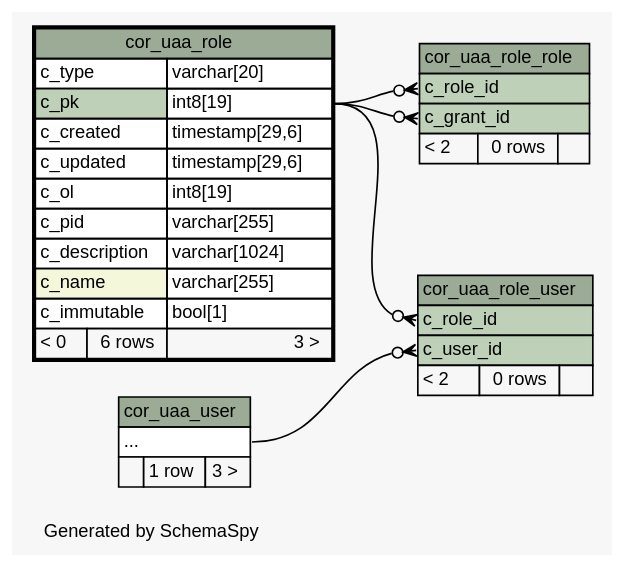
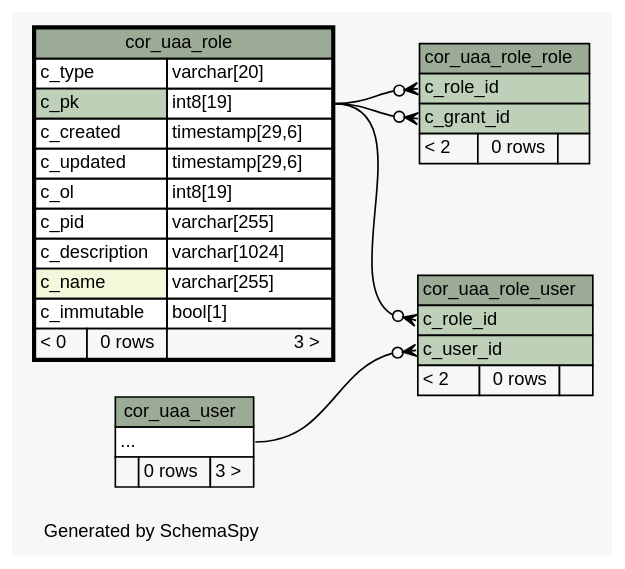
Before and after one commit to openwms/org.openwms.core.uaa: the diagram in 1.1.0-SNAPSHOT/schemaspy/diagrams/cor_uaa_role.2degrees.dot, drawn with Graphviz. The commit also changed 402 other files, not shown here.

```diff
--- a/1.1.0-SNAPSHOT/schemaspy/diagrams/cor_uaa_role.2degrees.dot
+++ b/1.1.0-SNAPSHOT/schemaspy/diagrams/cor_uaa_role.2degrees.dot
@@ -1,76 +1,76 @@
-// dot 2.38.0 on Linux 4.15.0-1077-gcp
+// dot 2.43.0 on Linux 5.4.0-1039-azure
 // SchemaSpy rev Unknown
 digraph "twoDegreesRelationshipsDiagram" {
   graph [
     rankdir="RL"
     bgcolor="#f7f7f7"
     label="\nGenerated by SchemaSpy"
     labeljust="l"
     nodesep="0.18"
     ranksep="0.46"
     fontname="Helvetica"
     fontsize="11"
   ];
   node [
     fontname="Helvetica"
     fontsize="11"
     shape="plaintext"
   ];
   edge [
     arrowsize="0.8"
   ];
   "cor_uaa_role_role":"c_grant_id":w -> "cor_uaa_role":"c_pk.type":e [arrowhead=none dir=back arrowtail=crowodot];
   "cor_uaa_role_role":"c_role_id":w -> "cor_uaa_role":"c_pk.type":e [arrowhead=none dir=back arrowtail=crowodot];
   "cor_uaa_role_user":"c_role_id":w -> "cor_uaa_role":"c_pk.type":e [arrowhead=none dir=back arrowtail=crowodot];
   "cor_uaa_role_user":"c_user_id":w -> "cor_uaa_user":"elipses":e [arrowhead=none dir=back arrowtail=crowodot];
   "cor_uaa_role" [
     label=<
     <TABLE BORDER="2" CELLBORDER="1" CELLSPACING="0" BGCOLOR="#ffffff">
       <TR><TD COLSPAN="3" BGCOLOR="#9bab96" ALIGN="CENTER">cor_uaa_role</TD></TR>
       <TR><TD PORT="c_type" COLSPAN="2" ALIGN="LEFT">c_type</TD><TD PORT="c_type.type" ALIGN="LEFT">varchar[20]</TD></TR>
       <TR><TD PORT="c_pk" COLSPAN="2" BGCOLOR="#bed1b8" ALIGN="LEFT">c_pk</TD><TD PORT="c_pk.type" ALIGN="LEFT">int8[19]</TD></TR>
       <TR><TD PORT="c_created" COLSPAN="2" ALIGN="LEFT">c_created</TD><TD PORT="c_created.type" ALIGN="LEFT">timestamp[29,6]</TD></TR>
       <TR><TD PORT="c_updated" COLSPAN="2" ALIGN="LEFT">c_updated</TD><TD PORT="c_updated.type" ALIGN="LEFT">timestamp[29,6]</TD></TR>
       <TR><TD PORT="c_ol" COLSPAN="2" ALIGN="LEFT">c_ol</TD><TD PORT="c_ol.type" ALIGN="LEFT">int8[19]</TD></TR>
       <TR><TD PORT="c_pid" COLSPAN="2" ALIGN="LEFT">c_pid</TD><TD PORT="c_pid.type" ALIGN="LEFT">varchar[255]</TD></TR>
       <TR><TD PORT="c_description" COLSPAN="2" ALIGN="LEFT">c_description</TD><TD PORT="c_description.type" ALIGN="LEFT">varchar[1024]</TD></TR>
       <TR><TD PORT="c_name" COLSPAN="2" BGCOLOR="#f4f7da" ALIGN="LEFT">c_name</TD><TD PORT="c_name.type" ALIGN="LEFT">varchar[255]</TD></TR>
       <TR><TD PORT="c_immutable" COLSPAN="2" ALIGN="LEFT">c_immutable</TD><TD PORT="c_immutable.type" ALIGN="LEFT">bool[1]</TD></TR>
-      <TR><TD ALIGN="LEFT" BGCOLOR="#f7f7f7">&lt; 0</TD><TD ALIGN="RIGHT" BGCOLOR="#f7f7f7">6 rows</TD><TD ALIGN="RIGHT" BGCOLOR="#f7f7f7">3 &gt;</TD></TR>
+      <TR><TD ALIGN="LEFT" BGCOLOR="#f7f7f7">&lt; 0</TD><TD ALIGN="RIGHT" BGCOLOR="#f7f7f7">0 rows</TD><TD ALIGN="RIGHT" BGCOLOR="#f7f7f7">3 &gt;</TD></TR>
     </TABLE>>
     URL="cor_uaa_role.html"
     tooltip="cor_uaa_role"
   ];
   "cor_uaa_role_role" [
     label=<
     <TABLE BORDER="0" CELLBORDER="1" CELLSPACING="0" BGCOLOR="#ffffff">
       <TR><TD COLSPAN="3" BGCOLOR="#9bab96" ALIGN="CENTER">cor_uaa_role_role</TD></TR>
       <TR><TD PORT="c_role_id" COLSPAN="3" BGCOLOR="#bed1b8" ALIGN="LEFT">c_role_id</TD></TR>
       <TR><TD PORT="c_grant_id" COLSPAN="3" BGCOLOR="#bed1b8" ALIGN="LEFT">c_grant_id</TD></TR>
       <TR><TD ALIGN="LEFT" BGCOLOR="#f7f7f7">&lt; 2</TD><TD ALIGN="RIGHT" BGCOLOR="#f7f7f7">0 rows</TD><TD ALIGN="RIGHT" BGCOLOR="#f7f7f7">  </TD></TR>
     </TABLE>>
     URL="cor_uaa_role_role.html"
     tooltip="cor_uaa_role_role"
   ];
   "cor_uaa_role_user" [
     label=<
     <TABLE BORDER="0" CELLBORDER="1" CELLSPACING="0" BGCOLOR="#ffffff">
       <TR><TD COLSPAN="3" BGCOLOR="#9bab96" ALIGN="CENTER">cor_uaa_role_user</TD></TR>
       <TR><TD PORT="c_role_id" COLSPAN="3" BGCOLOR="#bed1b8" ALIGN="LEFT">c_role_id</TD></TR>
       <TR><TD PORT="c_user_id" COLSPAN="3" BGCOLOR="#bed1b8" ALIGN="LEFT">c_user_id</TD></TR>
       <TR><TD ALIGN="LEFT" BGCOLOR="#f7f7f7">&lt; 2</TD><TD ALIGN="RIGHT" BGCOLOR="#f7f7f7">0 rows</TD><TD ALIGN="RIGHT" BGCOLOR="#f7f7f7">  </TD></TR>
     </TABLE>>
     URL="cor_uaa_role_user.html"
     tooltip="cor_uaa_role_user"
   ];
   "cor_uaa_user" [
     label=<
     <TABLE BORDER="0" CELLBORDER="1" CELLSPACING="0" BGCOLOR="#ffffff">
       <TR><TD COLSPAN="3" BGCOLOR="#9bab96" ALIGN="CENTER">cor_uaa_user</TD></TR>
       <TR><TD PORT="elipses" COLSPAN="3" ALIGN="LEFT">...</TD></TR>
-      <TR><TD ALIGN="LEFT" BGCOLOR="#f7f7f7">  </TD><TD ALIGN="RIGHT" BGCOLOR="#f7f7f7">1 row</TD><TD ALIGN="RIGHT" BGCOLOR="#f7f7f7">3 &gt;</TD></TR>
+      <TR><TD ALIGN="LEFT" BGCOLOR="#f7f7f7">  </TD><TD ALIGN="RIGHT" BGCOLOR="#f7f7f7">0 rows</TD><TD ALIGN="RIGHT" BGCOLOR="#f7f7f7">3 &gt;</TD></TR>
     </TABLE>>
     URL="cor_uaa_user.html"
     tooltip="cor_uaa_user"
   ];
 }
```
